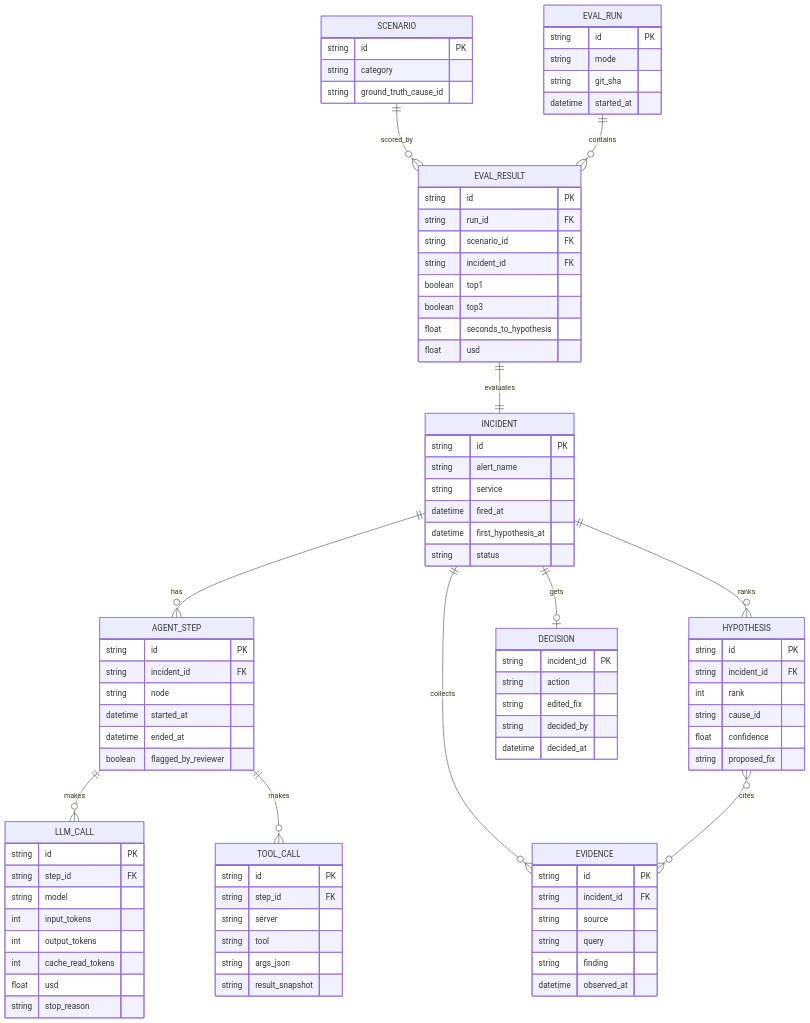
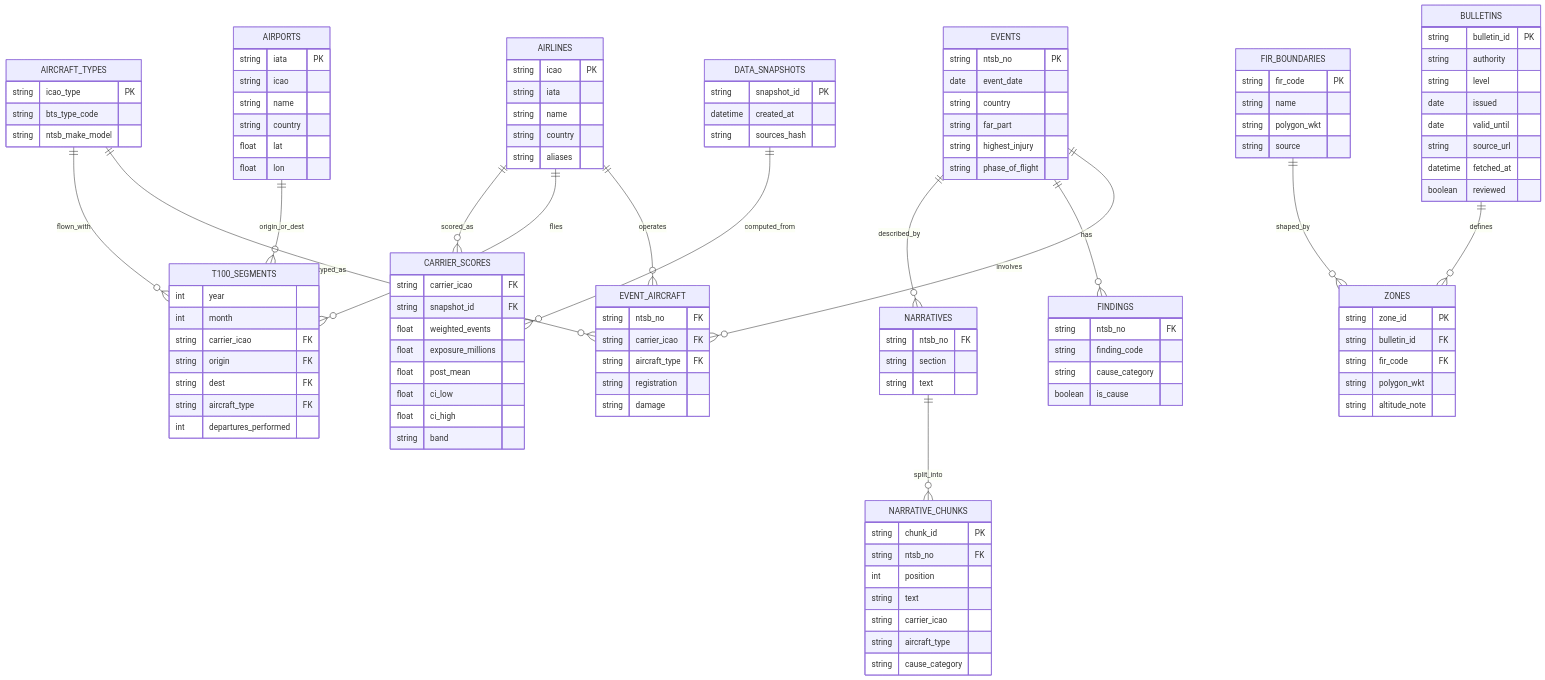
One commit to striderzz/SafeFlight-AgentOps changed the sixth of 10 diagrams in INFO.md. Above: the diagram before and after it, drawn with Mermaid. The commit also changed other lines of this file and 3 other files, not shown here.

Commit message:
Redesign as SafeFlight AgentOps: CrewAI + Claude airline-safety agents (design docs, build plan, interview prep)

````diff
--- a/INFO.md
+++ b/INFO.md
@@ -232,92 +300,119 @@
 ```mermaid
 erDiagram
-    INCIDENT ||--o{ AGENT_STEP : has
-    INCIDENT ||--o{ EVIDENCE : collects
-    INCIDENT ||--o{ HYPOTHESIS : ranks
-    HYPOTHESIS }o--o{ EVIDENCE : cites
-    INCIDENT ||--o| DECISION : gets
-    AGENT_STEP ||--o{ LLM_CALL : makes
-    AGENT_STEP ||--o{ TOOL_CALL : makes
-    SCENARIO ||--o{ EVAL_RESULT : scored_by
-    EVAL_RUN ||--o{ EVAL_RESULT : contains
-    EVAL_RESULT ||--|| INCIDENT : evaluates
+    AIRLINES ||--o{ EVENT_AIRCRAFT : operates
+    AIRLINES ||--o{ T100_SEGMENTS : flies
+    AIRLINES ||--o{ CARRIER_SCORES : scored_as
+    AIRPORTS ||--o{ T100_SEGMENTS : origin_or_dest
+    EVENTS ||--o{ EVENT_AIRCRAFT : involves
+    EVENTS ||--o{ FINDINGS : has
+    EVENTS ||--o{ NARRATIVES : described_by
+    NARRATIVES ||--o{ NARRATIVE_CHUNKS : split_into
+    AIRCRAFT_TYPES ||--o{ EVENT_AIRCRAFT : typed_as
+    AIRCRAFT_TYPES ||--o{ T100_SEGMENTS : flown_with
+    DATA_SNAPSHOTS ||--o{ CARRIER_SCORES : computed_from
+    BULLETINS ||--o{ ZONES : defines
+    FIR_BOUNDARIES ||--o{ ZONES : shaped_by
 
-    INCIDENT {
-        string id PK
-        string alert_name
-        string service
-        datetime fired_at
-        datetime first_hypothesis_at
-        string status
+    AIRLINES {
+        string icao PK
+        string iata
+        string name
+        string country
+        string aliases
     }
-    AGENT_STEP {
-        string id PK
-        string incident_id FK
-        string node
-        datetime started_at
-        datetime ended_at
-        boolean flagged_by_reviewer
+    AIRPORTS {
+        string iata PK
+        string icao
+        string name
+        string country
+        float lat
+        float lon
     }
-    EVIDENCE {
-        string id PK
-        string incident_id FK
+    EVENTS {
+        string ntsb_no PK
+        date event_date
+        string country
+        string far_part
+        string highest_injury
+        string phase_of_flight
+    }
+    EVENT_AIRCRAFT {
+        string ntsb_no FK
+        string carrier_icao FK
+        string aircraft_type FK
+        string registration
+        string damage
+    }
+    FINDINGS {
+        string ntsb_no FK
+        string finding_code
+        string cause_category
+        boolean is_cause
+    }
+    NARRATIVES {
+        string ntsb_no FK
+        string section
+        string text
+    }
+    NARRATIVE_CHUNKS {
+        string chunk_id PK
+        string ntsb_no FK
+        int position
+        string text
+        string carrier_icao
+        string aircraft_type
+        string cause_category
+    }
+    AIRCRAFT_TYPES {
+        string icao_type PK
+        string bts_type_code
+        string ntsb_make_model
+    }
+    T100_SEGMENTS {
+        int year
+        int month
+        string carrier_icao FK
+        string origin FK
+        string dest FK
+        string aircraft_type FK
+        int departures_performed
+    }
+    CARRIER_SCORES {
+        string carrier_icao FK
+        string snapshot_id FK
+        float weighted_events
+        float exposure_millions
+        float post_mean
+        float ci_low
+        float ci_high
+        string band
+    }
+    DATA_SNAPSHOTS {
+        string snapshot_id PK
+        datetime created_at
+        string sources_hash
+    }
+    BULLETINS {
+        string bulletin_id PK
+        string authority
+        string level
+        date issued
+        date valid_until
+        string source_url
+        datetime fetched_at
+        boolean reviewed
+    }
+    ZONES {
+        string zone_id PK
+        string bulletin_id FK
+        string fir_code FK
+        string polygon_wkt
+        string altitude_note
+    }
+    FIR_BOUNDARIES {
+        string fir_code PK
+        string name
+        string polygon_wkt
         string source
-        string query
-        string finding
-        datetime observed_at
-    }
-    HYPOTHESIS {
-        string id PK
-        string incident_id FK
-        int rank
-        string cause_id
-        float confidence
-        string proposed_fix
-    }
-    DECISION {
-        string incident_id PK
-        string action
-        string edited_fix
-        string decided_by
-        datetime decided_at
-    }
-    LLM_CALL {
-        string id PK
-        string step_id FK
-        string model
-        int input_tokens
-        int output_tokens
-        int cache_read_tokens
-        float usd
-        string stop_reason
-    }
-    TOOL_CALL {
-        string id PK
-        string step_id FK
-        string server
-        string tool
-        string args_json
-        string result_snapshot
-    }
-    SCENARIO {
-        string id PK
-        string category
-        string ground_truth_cause_id
-    }
-    EVAL_RUN {
-        string id PK
-        string mode
-        string git_sha
-        datetime started_at
-    }
-    EVAL_RESULT {
-        string id PK
-        string run_id FK
-        string scenario_id FK
-        string incident_id FK
-        boolean top1
-        boolean top3
-        float seconds_to_hypothesis
-        float usd
     }
 ```
````
